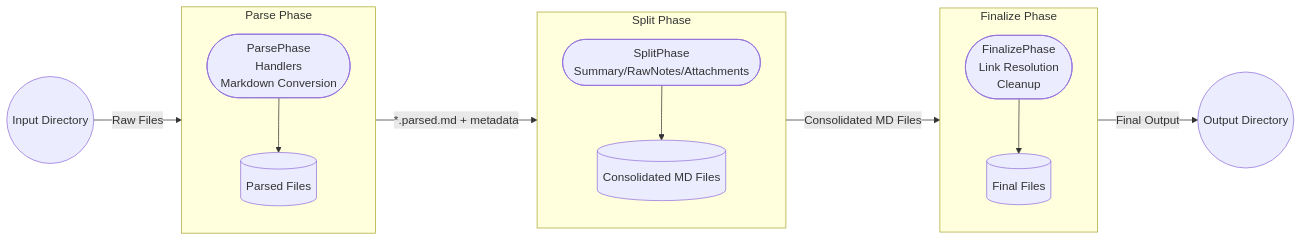
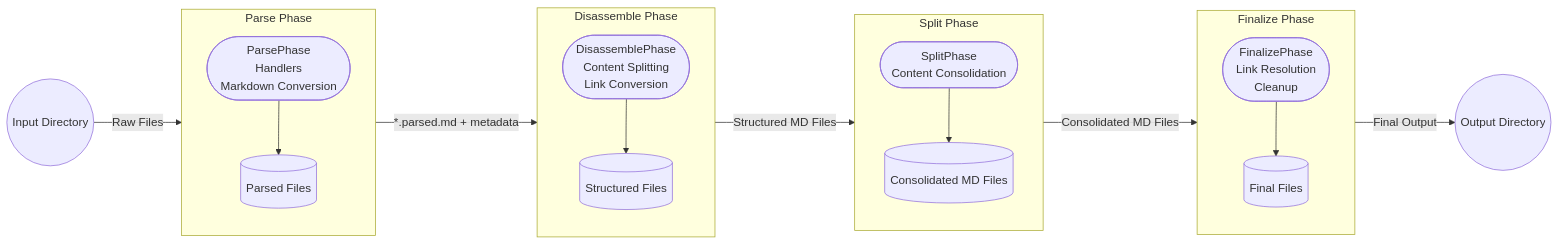
The diagram in docs/architecture.md (chadrwalters/nova), drawn with Mermaid before and after one commit. The commit also changed other lines of this file and 23 other files, not shown here.

First line of the commit message:
Enhance Nova Document Processing Pipeline with New Disassemble Phase and Dependency Updates

````diff
--- a/docs/architecture.md
+++ b/docs/architecture.md
@@ -47,22 +48,28 @@
 ```mermaid
 flowchart LR
     InputDir((Input Directory)) -->|Raw Files| PhaseParse
-    PhaseParse -->|*.parsed.md + metadata| PhaseSplit
+    PhaseParse -->|*.parsed.md + metadata| PhaseDisassemble
+    PhaseDisassemble -->|Structured MD Files| PhaseSplit
     PhaseSplit -->|Consolidated MD Files| PhaseFinal
     PhaseFinal -->|Final Output| OutputDir((Output Directory))
 
     subgraph "Parse Phase"
       direction TB
       PhaseParse([ParsePhase<br/>Handlers<br/>Markdown Conversion]) --> ParseOutput[(Parsed Files)]
     end
 
+    subgraph "Disassemble Phase"
+      direction TB
+      PhaseDisassemble([DisassemblePhase<br/>Content Splitting<br/>Link Conversion]) --> DisassembleOutput[(Structured Files)]
+    end
+
     subgraph "Split Phase"
       direction TB
-      PhaseSplit([SplitPhase<br/>Summary/RawNotes/Attachments]) --> SplitOutput[(Consolidated MD Files)]
+      PhaseSplit([SplitPhase<br/>Content Consolidation]) --> SplitOutput[(Consolidated MD Files)]
     end
 
     subgraph "Finalize Phase"
       direction TB
       PhaseFinal([FinalizePhase<br/>Link Resolution<br/>Cleanup]) --> FinalOutput[(Final Files)]
     end
 ```
````
